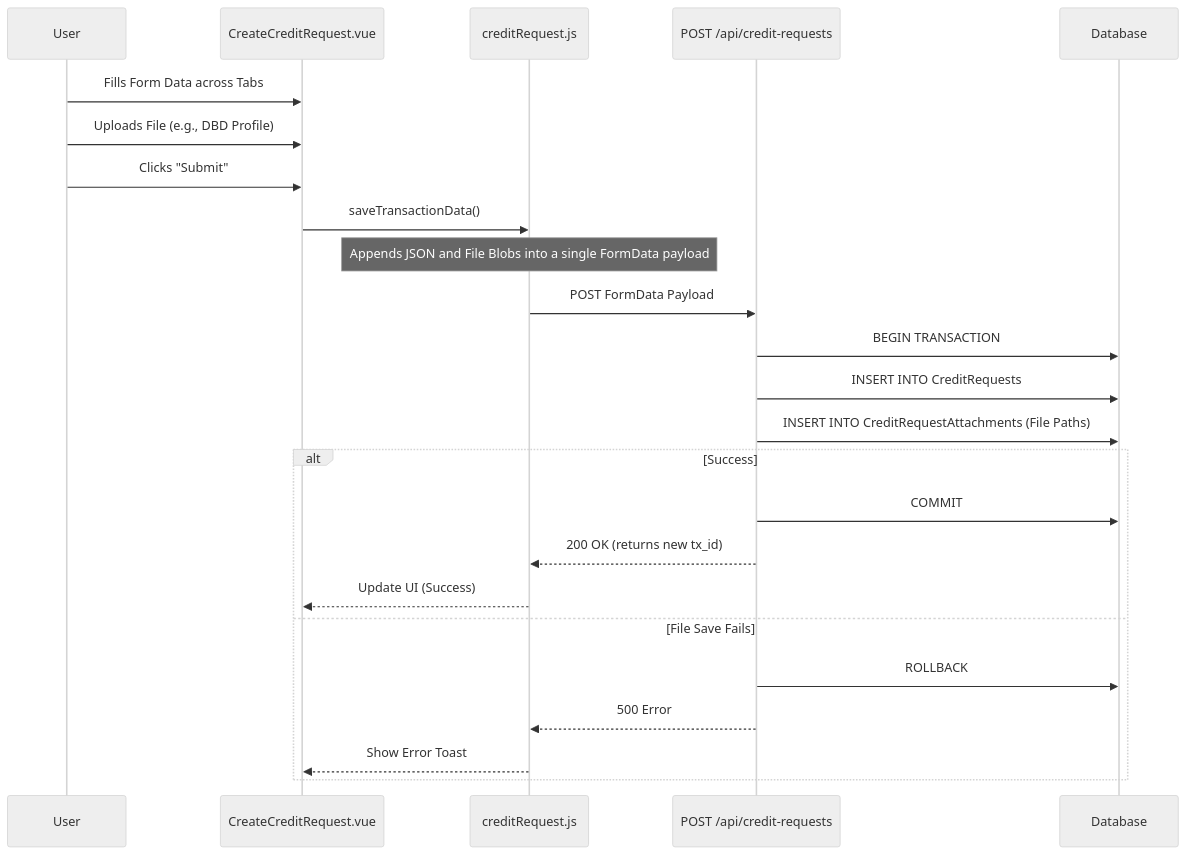
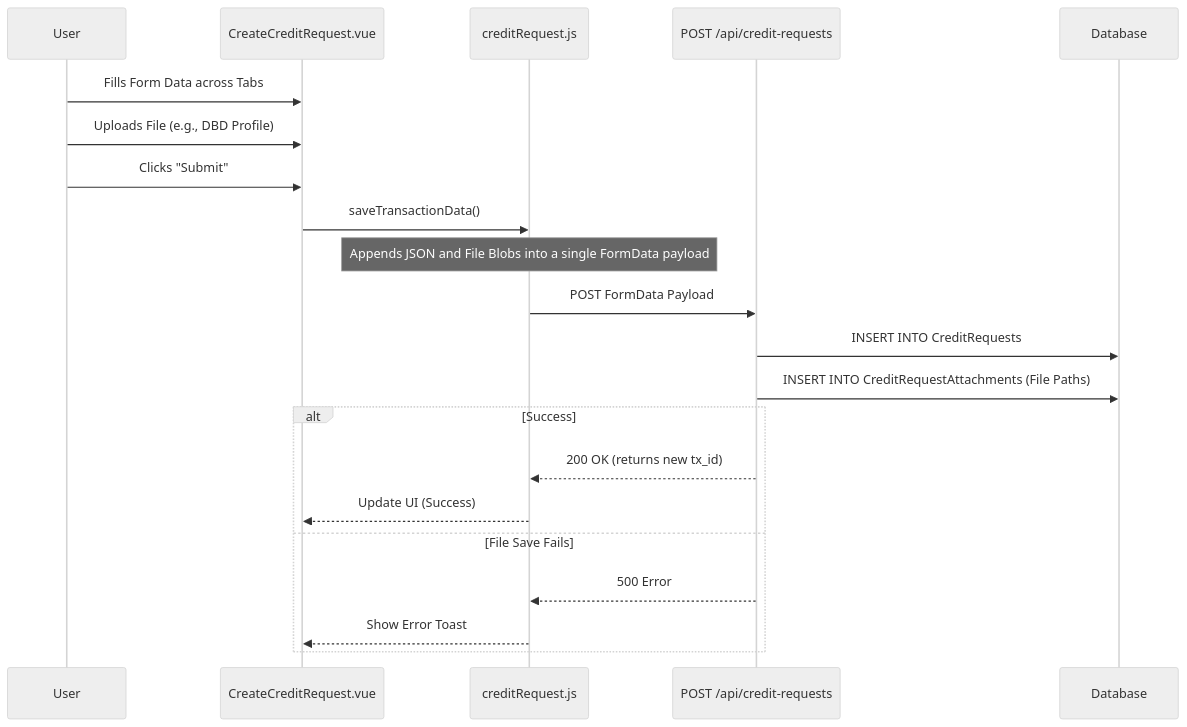
One commit to JinnawatJid/iNsightDocs changed the first of 3 diagrams in WALKTHROUGH.md. Above: the diagram before and after it, drawn with Mermaid (neutral theme). The commit also changed other lines of this file, not shown here.

````diff
--- a/WALKTHROUGH.md
+++ b/WALKTHROUGH.md
@@ -30,27 +30,24 @@
 ```mermaid
 sequenceDiagram
     participant User
     participant VueComponent as CreateCreditRequest.vue
     participant PiniaStore as creditRequest.js
     participant ExpressRoute as POST /api/credit-requests
     participant DB as Database
 
     User->>VueComponent: Fills Form Data across Tabs
     User->>VueComponent: Uploads File (e.g., DBD Profile)
     User->>VueComponent: Clicks "Submit"
     VueComponent->>PiniaStore: saveTransactionData()
     Note over PiniaStore: Appends JSON and File Blobs into a single FormData payload
     PiniaStore->>ExpressRoute: POST FormData Payload
-    ExpressRoute->>DB: BEGIN TRANSACTION
     ExpressRoute->>DB: INSERT INTO CreditRequests
     ExpressRoute->>DB: INSERT INTO CreditRequestAttachments (File Paths)
     alt Success
-        ExpressRoute->>DB: COMMIT
         ExpressRoute-->>PiniaStore: 200 OK (returns new tx_id)
         PiniaStore-->>VueComponent: Update UI (Success)
     else File Save Fails
-        ExpressRoute->>DB: ROLLBACK
         ExpressRoute-->>PiniaStore: 500 Error
         PiniaStore-->>VueComponent: Show Error Toast
     end
 ```
````
